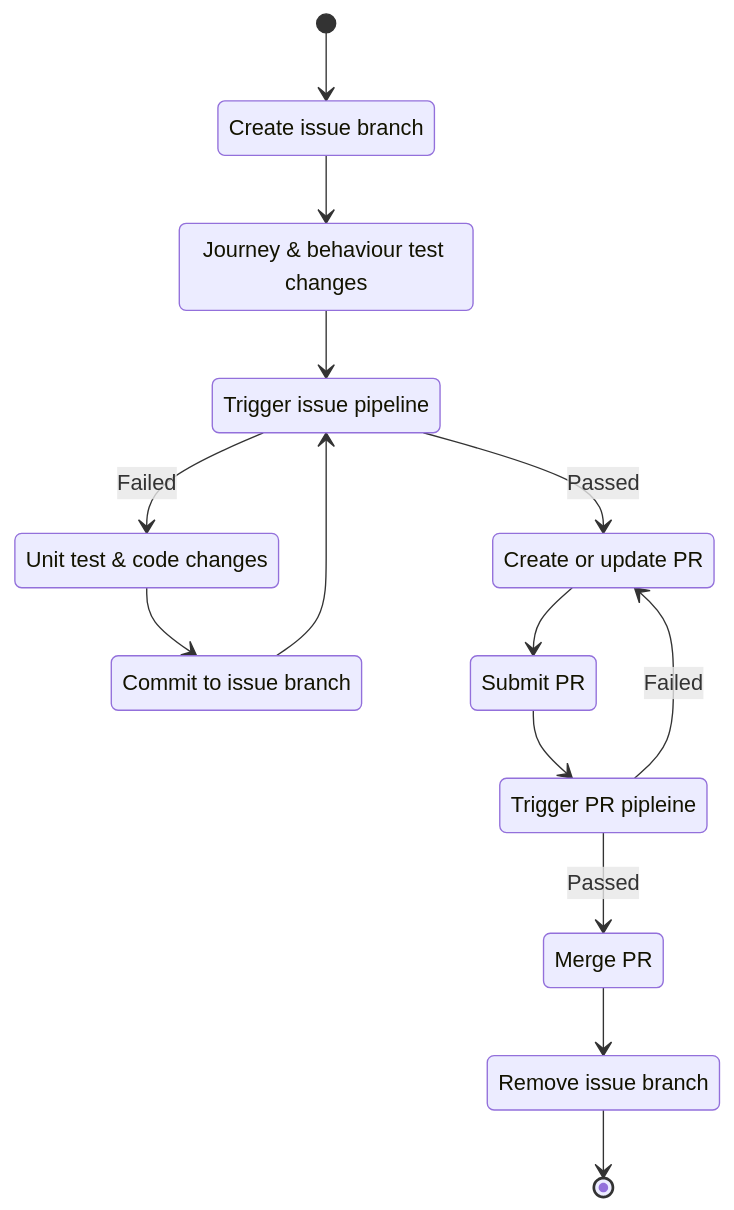
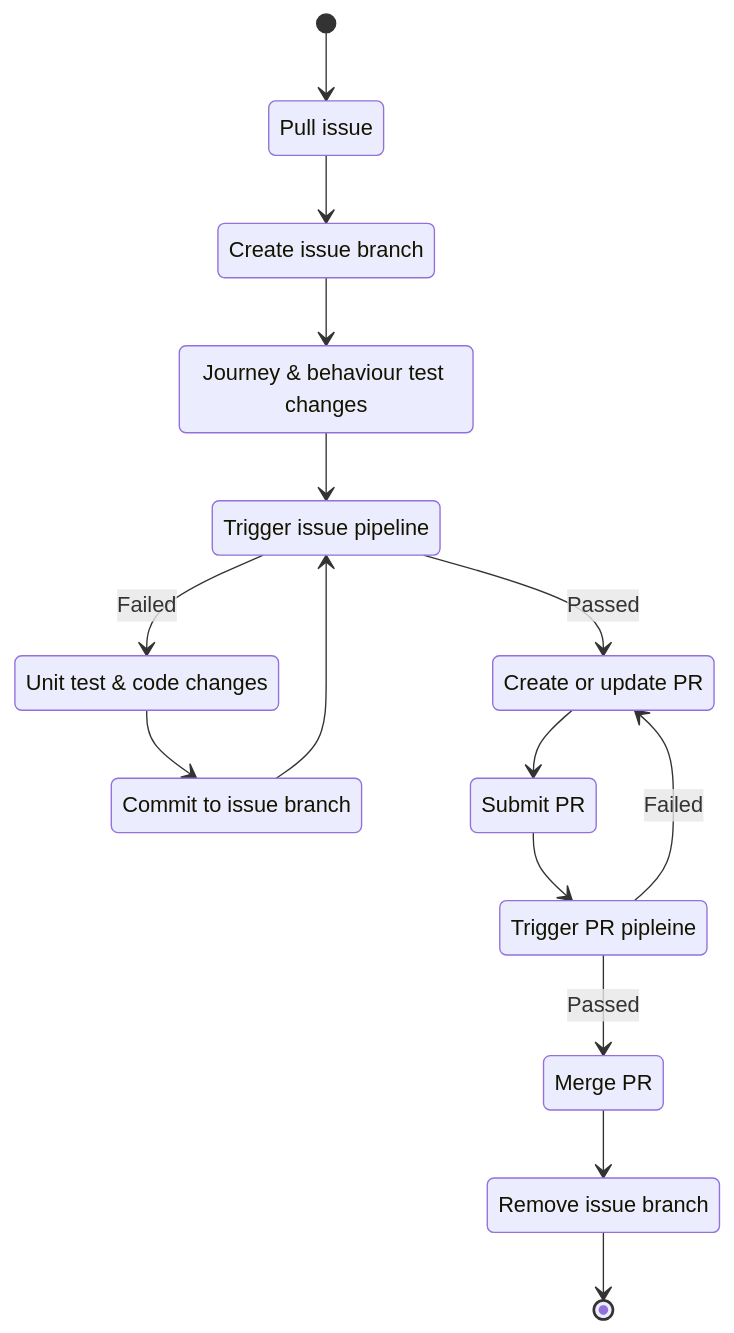
One commit to ContinuousEngineeringProject/ContinuousEngineeringProject.github.io changed the fourth of 4 diagrams in docs/factory_pipelines.md. Above: the diagram before and after it, drawn with Mermaid. The commit also changed other lines of this file, not shown here.

````diff
--- a/docs/factory_pipelines.md
+++ b/docs/factory_pipelines.md
@@ -50,27 +51,29 @@
 ```mermaid
 stateDiagram-v2
+  s0 : Pull issue
   s1 : Create issue branch
   s2 : Journey & behaviour test changes
   s3 : Trigger issue pipeline
   s4 : Unit test & code changes
   s9 : Commit to issue branch
   s5 : Create or update PR
   s6 : Submit PR
   s7 : Trigger PR pipleine
   s8 : Merge PR
   s10 : Remove issue branch
   
-  [*] --> s1
+  [*] --> s0
+  s0 --> s1
   s1 --> s2
   s2 --> s3
   s3 --> s4 : Failed
   s4 --> s9
   s9 --> s3
   s3 --> s5 : Passed
   s5 --> s6
   s6 --> s7
   s7 --> s5 : Failed
   s7 --> s8 : Passed
   s8 --> s10
   s10 --> [*]
 ```
````
